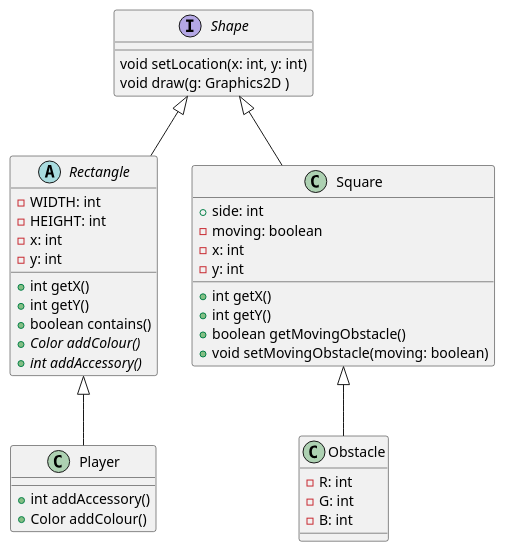
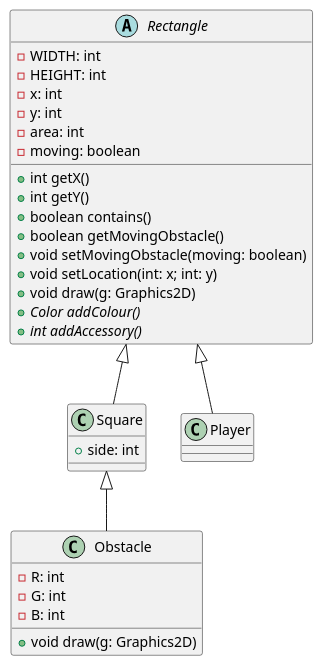
The diagram in images/Player.puml (emilyswitzer/JavaJumpGame), drawn with PlantUML before and after one commit. The commit also changed 4 other files, not shown here.

```diff
--- a/images/Player.puml
+++ b/images/Player.puml
@@ -1,59 +1,52 @@
 @startuml
 'https://plantuml.com/class-diagram
- interface Shape {
 
-  void setLocation(x: int, y: int)
-  void draw(g: Graphics2D )
-
- }
 
 
 
 abstract class Rectangle {
     -WIDTH: int
     -HEIGHT: int
     -x: int
     -y: int
+    -area: int
+    -moving: boolean
 
     +int getX()
     +int getY()
     +boolean contains()
+    +boolean getMovingObstacle()
+    +void setMovingObstacle(moving: boolean)
+    +void setLocation(int: x; int: y)
+    +void draw(g: Graphics2D)
     +Color {abstract} addColour()
     +int {abstract} addAccessory()
 
 }
 class Square {
     +side: int
-    -moving: boolean
-    -x: int
-    -y: int
-
-    + int getX()
-    + int getY()
-    + boolean getMovingObstacle()
-    +void setMovingObstacle(moving: boolean)
 
 }
 
 class Player {
 
-    +int addAccessory()
-    +Color addColour()
 
 }
 
 class Obstacle {
    -R: int
    -G: int
    -B: int
+
+   +void draw(g: Graphics2D)
 }
 
-Shape <|-- Rectangle
-Shape <|-- Square
+
+Rectangle <|-- Square
 Square <|-- Obstacle
 Rectangle <|-- Player
 
 
 
 
 @enduml
```
